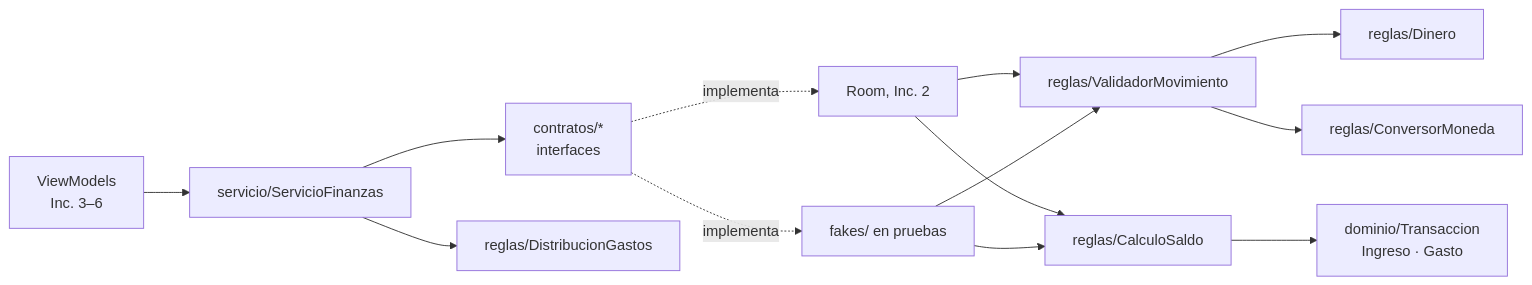
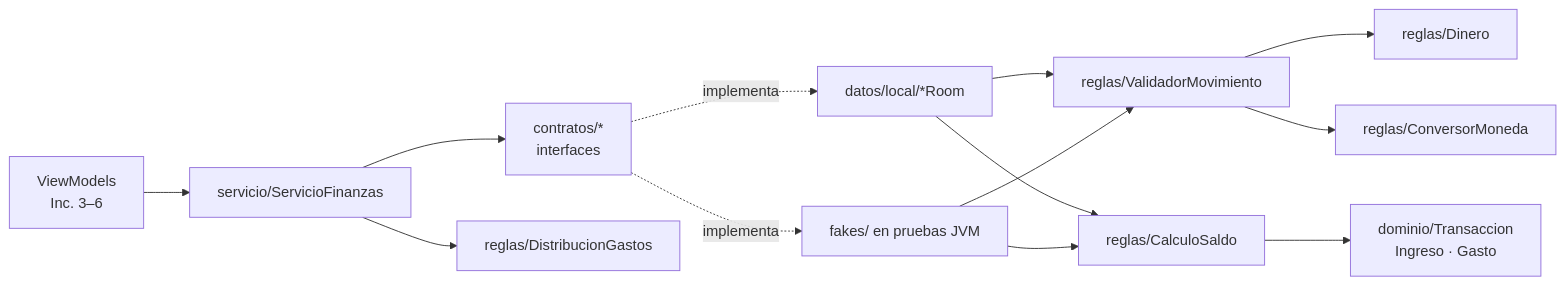
The first of 2 diagrams in docs/MAPA_DEL_CODIGO.md (JoseOsorio4/AppGastos), drawn with Mermaid before and after one commit. The commit also changed other lines of this file and 29 other files, not shown here.

````diff
--- a/docs/MAPA_DEL_CODIGO.md
+++ b/docs/MAPA_DEL_CODIGO.md
@@ -33,15 +34,15 @@
 ```mermaid
 flowchart LR
   VM[ViewModels<br/>Inc. 3–6] --> S[servicio/ServicioFinanzas]
   S --> C[contratos/*<br/>interfaces]
   S --> DG[reglas/DistribucionGastos]
-  C -. implementa .-> R[Room, Inc. 2]
-  C -. implementa .-> F[fakes/ en pruebas]
+  C -. implementa .-> R[datos/local/*Room]
+  C -. implementa .-> F[fakes/ en pruebas JVM]
   R --> V[reglas/ValidadorMovimiento]
   F --> V
   V --> D[reglas/Dinero]
   V --> CM[reglas/ConversorMoneda]
   R --> CS[reglas/CalculoSaldo]
   F --> CS
   CS --> T[dominio/Transaccion<br/>Ingreso · Gasto]
 ```
````
